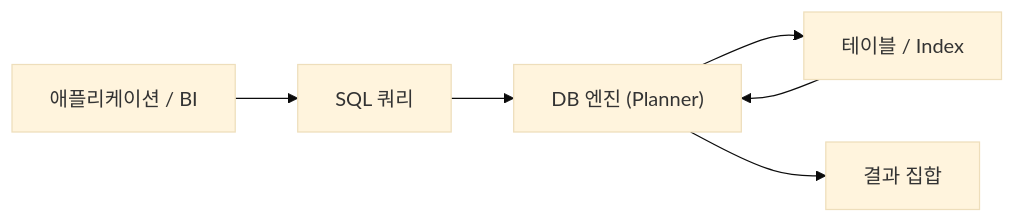
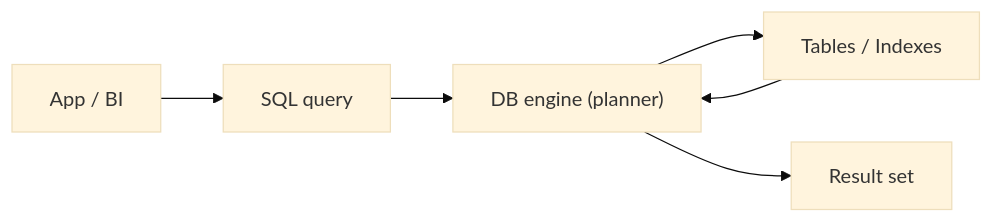
One commit to yeongseon-books/book-content changed the diagram in content/sql-101/ko/01-what-is-sql.md. Above: the diagram before and after it, drawn with Mermaid (base theme). The commit also changed other lines of this file and 9 other files, not shown here.

````diff
--- a/content/sql-101/ko/01-what-is-sql.md
+++ b/content/sql-101/ko/01-what-is-sql.md
@@ -35,8 +47,8 @@
 ```mermaid
 flowchart LR
-    Client["애플리케이션 / BI"] --> SQL["SQL 쿼리"]
-    SQL --> Engine["DB 엔진 (Planner)"]
-    Engine --> Storage["테이블 / Index"]
+    Client["App / BI"] --> SQL["SQL query"]
+    SQL --> Engine["DB engine (planner)"]
+    Engine --> Storage["Tables / Indexes"]
     Storage --> Engine
-    Engine --> Result["결과 집합"]
+    Engine --> Result["Result set"]
 ```
````
